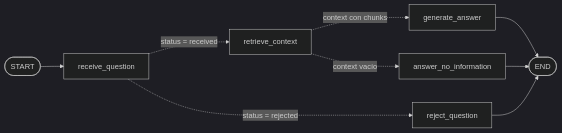
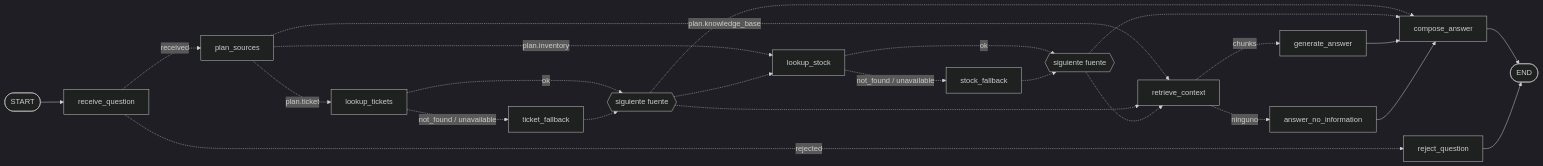
The diagram in docs/agent/agent-design.md (4GeeksAcademy/JeanCarlos-ai-engineering-company-project-monorepo), drawn with Mermaid (dark theme) before and after one commit. The commit also changed other lines of this file and 25 other files, not shown here.

````diff
--- a/docs/agent/agent-design.md
+++ b/docs/agent/agent-design.md
@@ -29,11 +35,26 @@
 ```mermaid
 flowchart LR
   S([START]) --> RQ[receive_question]
-  RQ -.->|status = received| RC[retrieve_context]
-  RQ -.->|status = rejected| RJ[reject_question]
-  RC -.->|context con chunks| GA[generate_answer]
-  RC -.->|context vacío| NI[answer_no_information]
-  GA --> E([END])
-  NI --> E
+  RQ -.->|rejected| RJ[reject_question]
+  RQ -.->|received| PS[plan_sources]
+  PS -.->|plan.ticket| LT[lookup_tickets]
+  PS -.->|plan.inventory| LS[lookup_stock]
+  PS -.->|plan.knowledge_base| RC[retrieve_context]
+  LT -.->|ok| NEXT1{{siguiente fuente}}
+  LT -.->|not_found / unavailable| TF[ticket_fallback]
+  TF -.-> NEXT1
+  NEXT1 -.-> LS
+  NEXT1 -.-> RC
+  NEXT1 -.-> CA
+  LS -.->|ok| NEXT2{{siguiente fuente}}
+  LS -.->|not_found / unavailable| SF[stock_fallback]
+  SF -.-> NEXT2
+  NEXT2 -.-> RC
+  NEXT2 -.-> CA
+  RC -.->|chunks| GA[generate_answer]
+  RC -.->|ninguno| NI[answer_no_information]
+  GA --> CA[compose_answer]
+  NI --> CA
+  CA --> E([END])
   RJ --> E
 ```
````
